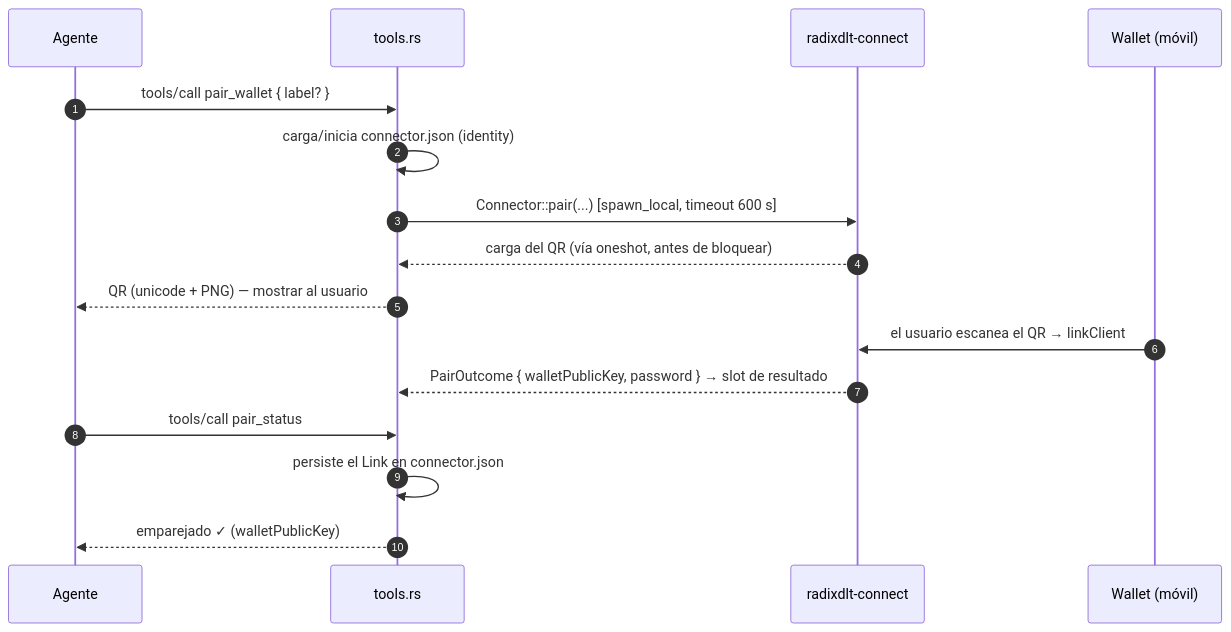
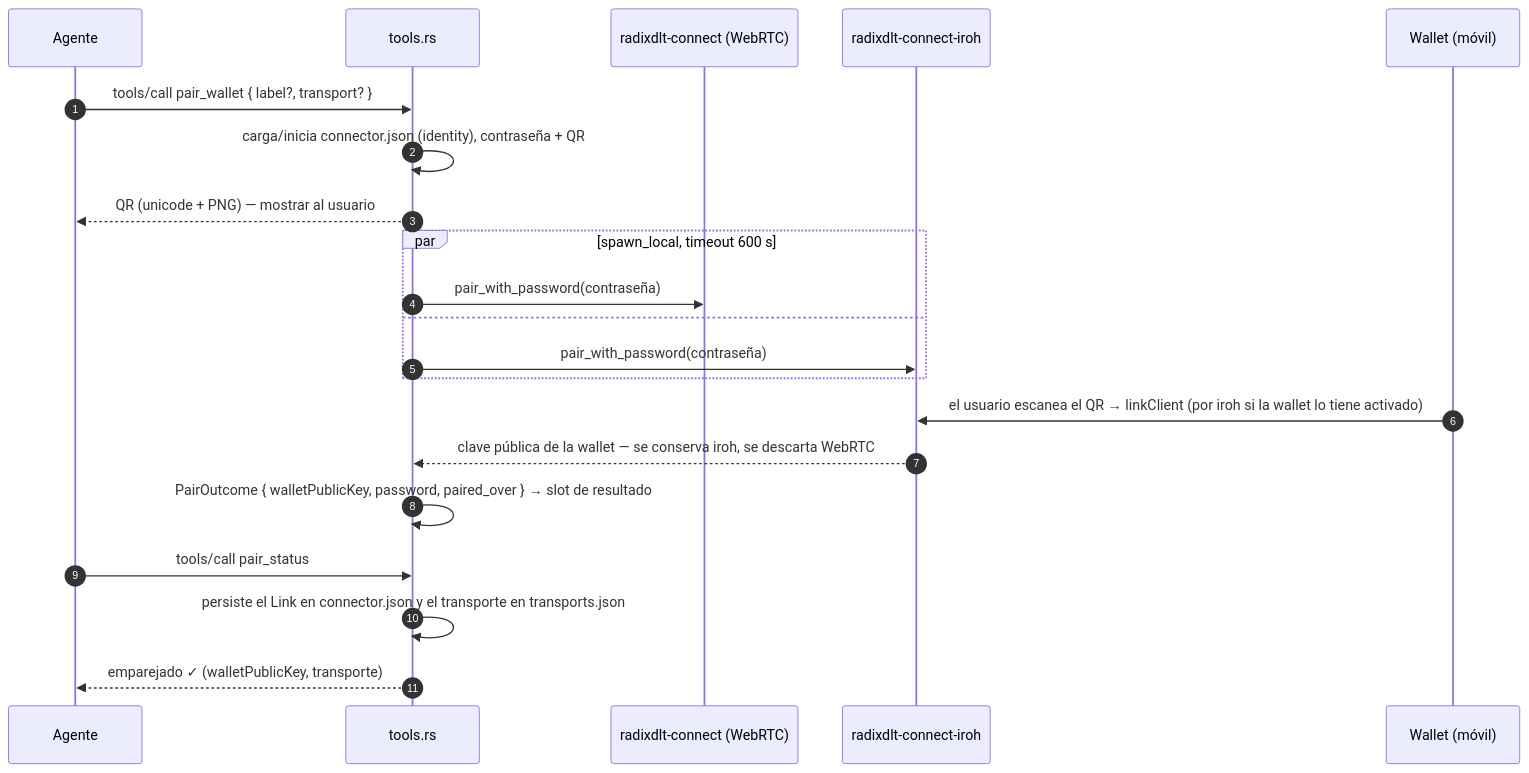
One commit to genkipool/radixdlt-rust-sdk changed the third of 4 diagrams in crates/connector-mcp/docs/ARCHITECTURE.es.md. Above: the diagram before and after it, drawn with Mermaid. The commit also changed other lines of this file and 20 other files, not shown here.

````diff
--- a/crates/connector-mcp/docs/ARCHITECTURE.es.md
+++ b/crates/connector-mcp/docs/ARCHITECTURE.es.md
@@ -143,19 +150,24 @@
 ```mermaid
 sequenceDiagram
     autonumber
     participant A as Agente
     participant T as tools.rs
-    participant C as radixdlt-connect
+    participant C as radixdlt-connect (WebRTC)
+    participant I as radixdlt-connect-iroh
     participant W as Wallet (móvil)
 
-    A->>T: tools/call pair_wallet { label? }
-    T->>T: carga/inicia connector.json (identity)
-    T->>C: Connector::pair(...) [spawn_local, timeout 600 s]
-    C-->>T: carga del QR (vía oneshot, antes de bloquear)
+    A->>T: tools/call pair_wallet { label?, transport? }
+    T->>T: carga/inicia connector.json (identity), contraseña + QR
     T-->>A: QR (unicode + PNG) — mostrar al usuario
-    W->>C: el usuario escanea el QR → linkClient
-    C-->>T: PairOutcome { walletPublicKey, password } → slot de resultado
+    par spawn_local, timeout 600 s
+        T->>C: pair_with_password(contraseña)
+    and
+        T->>I: pair_with_password(contraseña)
+    end
+    W->>I: el usuario escanea el QR → linkClient (por iroh si la wallet lo tiene activado)
+    I-->>T: clave pública de la wallet — se conserva iroh, se descarta WebRTC
+    T->>T: PairOutcome { walletPublicKey, password, paired_over } → slot de resultado
     A->>T: tools/call pair_status
-    T->>T: persiste el Link en connector.json
-    T-->>A: emparejado ✓ (walletPublicKey)
+    T->>T: persiste el Link en connector.json y el transporte en transports.json
+    T-->>A: emparejado ✓ (walletPublicKey, transporte)
 ```
````
